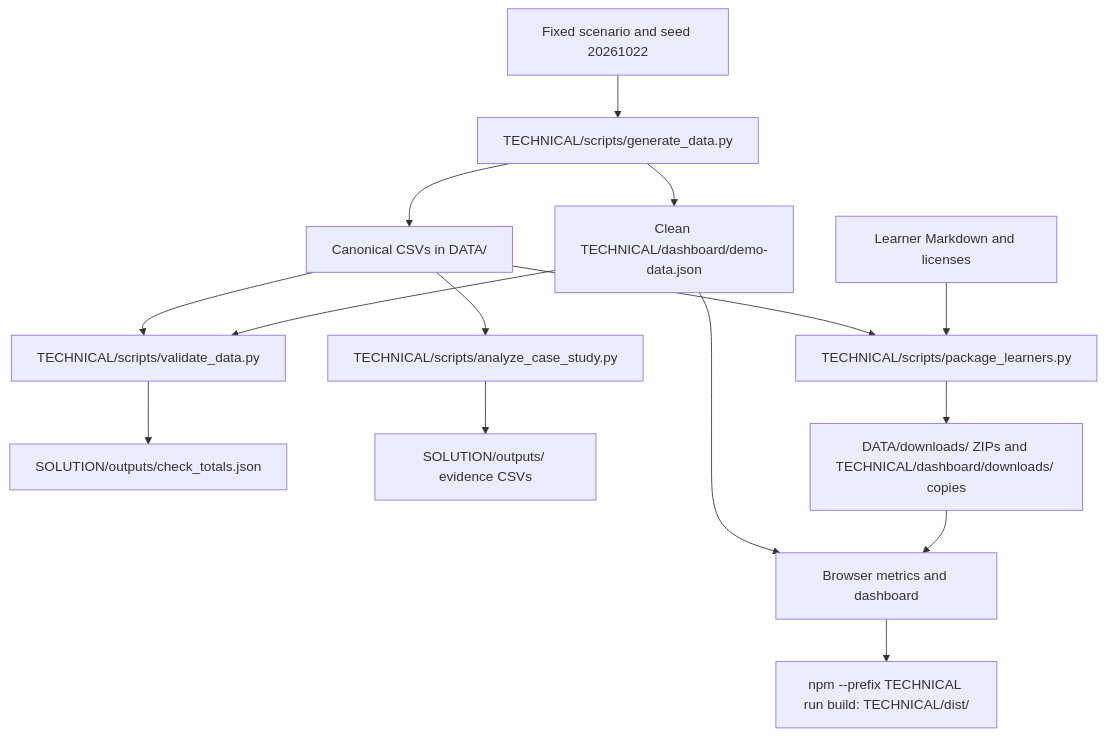
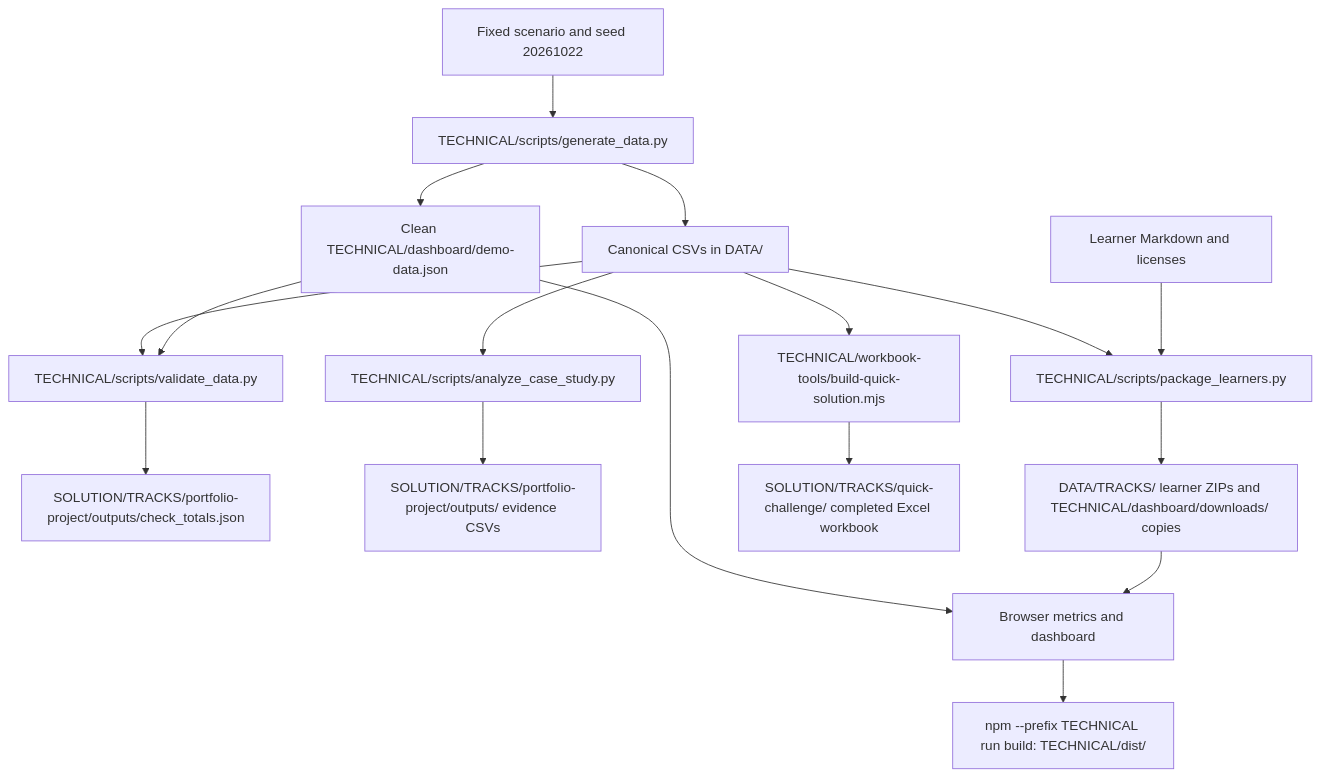
One commit to GlassHouse97/AI-Cost-Efficiency-Portfolio-Project changed the diagram in TECHNICAL/docs/DATA_PIPELINE.md. Above: the diagram before and after it, drawn with Mermaid. The commit also changed other lines of this file and 76 other files, not shown here.

Commit message:
Add worked Excel solution and align learner track folders

````diff
--- a/TECHNICAL/docs/DATA_PIPELINE.md
+++ b/TECHNICAL/docs/DATA_PIPELINE.md
@@ -7,17 +7,19 @@
 ```mermaid
 flowchart TD
     A[Fixed scenario and seed 20261022] --> B[TECHNICAL/scripts/generate_data.py]
     B --> C[Canonical CSVs in DATA/]
     B --> D[Clean TECHNICAL/dashboard/demo-data.json]
     C --> E[TECHNICAL/scripts/validate_data.py]
     D --> E
-    E --> F[SOLUTION/outputs/check_totals.json]
+    E --> F[SOLUTION/TRACKS/portfolio-project/outputs/check_totals.json]
     C --> L[TECHNICAL/scripts/analyze_case_study.py]
-    L --> M[SOLUTION/outputs/ evidence CSVs]
+    L --> M[SOLUTION/TRACKS/portfolio-project/outputs/ evidence CSVs]
     C --> G[TECHNICAL/scripts/package_learners.py]
     H[Learner Markdown and licenses] --> G
-    G --> I[DATA/downloads/ ZIPs and TECHNICAL/dashboard/downloads/ copies]
+    G --> I[DATA/TRACKS/ learner ZIPs and TECHNICAL/dashboard/downloads/ copies]
+    C --> N[TECHNICAL/workbook-tools/build-quick-solution.mjs]
+    N --> O[SOLUTION/TRACKS/quick-challenge/ completed Excel workbook]
     D --> J[Browser metrics and dashboard]
     I --> J
     J --> K[npm --prefix TECHNICAL run build: TECHNICAL/dist/]
 ```
````
